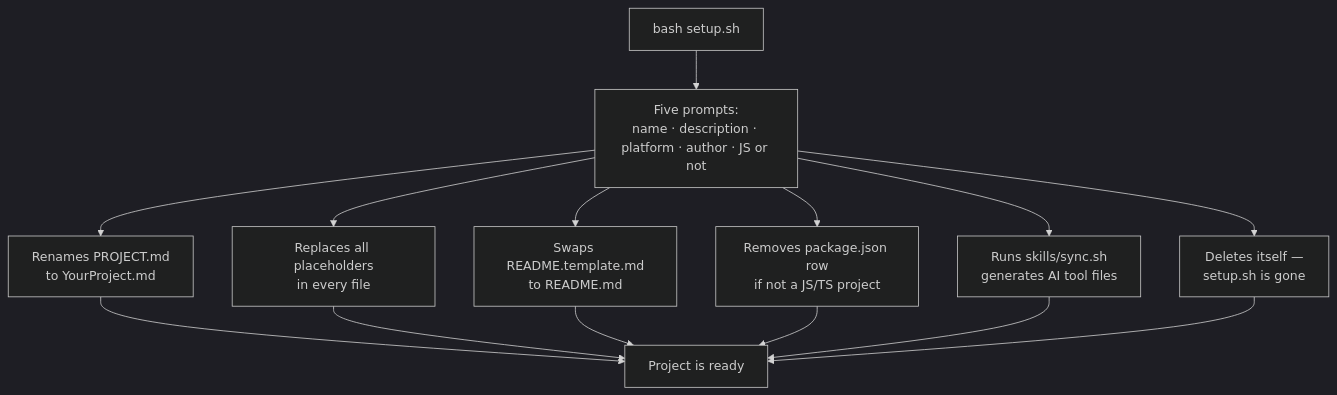
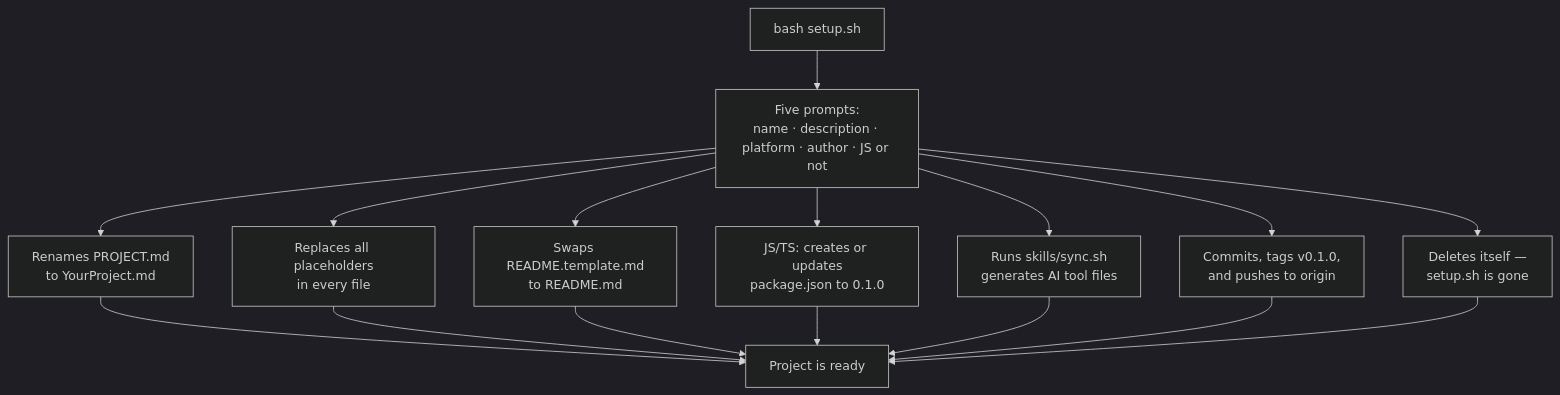
Before and after one commit to joselvelez/project_scaffold: the first of 3 diagrams in README.md, drawn with Mermaid (dark theme). The commit also changed other lines of this file and 4 other files, not shown here.

````diff
--- a/README.md
+++ b/README.md
@@ -63,12 +59,13 @@
 ```mermaid
 flowchart TD
     S["bash setup.sh"]
     S --> Q["Five prompts:<br/>name · description · platform · author · JS or not"]
     Q --> RN["Renames PROJECT.md<br/>to YourProject.md"]
     Q --> RP["Replaces all placeholders<br/>in every file"]
     Q --> RS["Swaps README.template.md<br/>to README.md"]
-    Q --> JS["Removes package.json row<br/>if not a JS/TS project"]
+    Q --> PJ["JS/TS: creates or updates<br/>package.json to 0.1.0"]
     Q --> SY["Runs skills/sync.sh<br/>generates AI tool files"]
+    Q --> GIT["Commits, tags v0.1.0,<br/>and pushes to origin"]
     Q --> SD["Deletes itself —<br/>setup.sh is gone"]
-    RN & RP & RS & JS & SY & SD --> D["Project is ready"]
+    RN & RP & RS & PJ & SY & GIT & SD --> D["Project is ready"]
 ```
````
